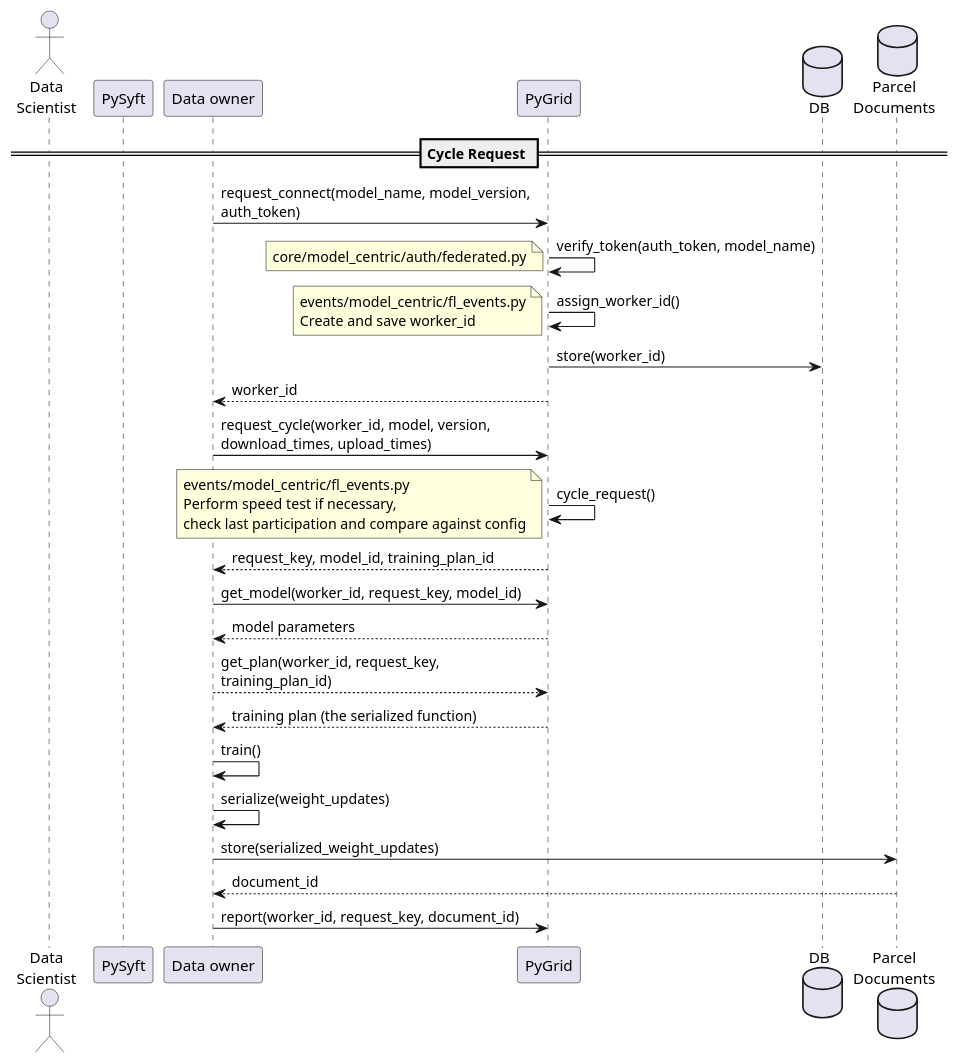
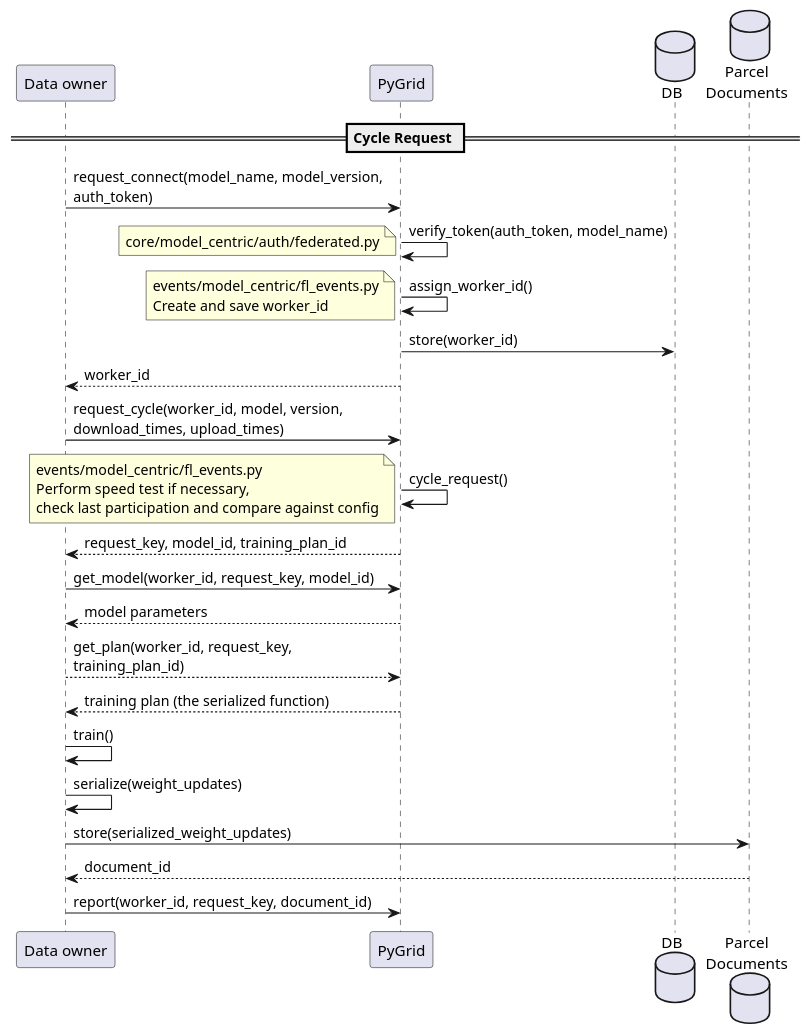
Before and after one commit to morigin-network/pygrid-parcel: the diagram in uml/sequence-2-cycle-request.puml, drawn with PlantUML. The commit also changed 1 other file, not shown here.

Commit message:
uml remove unused entity

```diff
--- a/uml/sequence-2-cycle-request.puml
+++ b/uml/sequence-2-cycle-request.puml
@@ -1,38 +1,36 @@
 @startuml Cycle Request
 
 skinparam maxMessageSize 300
 
-actor "Data\nScientist" as ds  
-participant PySyft as syft
 participant "Data owner" as do
 participant PyGrid as grid
 database DB as db
 database "Parcel\nDocuments" as padb
 
 == Cycle Request ==
 do -> grid: request_connect(model_name, model_version, auth_token)
 grid -> grid: verify_token(auth_token, model_name)
 note left: core/model_centric/auth/federated.py
 grid -> grid: assign_worker_id()
 note left: events/model_centric/fl_events.py\nCreate and save worker_id
 grid -> db: store(worker_id)
 'TODO: @Thomas Please confirm if worker_id goes to DB
 grid --> do: worker_id
 
 do -> grid: request_cycle(worker_id, model, version, download_times, upload_times)
 'TODO: @Thomas What are up/download times?
 grid -> grid: cycle_request()
 note left: events/model_centric/fl_events.py\nPerform speed test if necessary,\ncheck last participation and compare against config
 grid --> do: request_key, model_id, training_plan_id
 do -> grid: get_model(worker_id, request_key, model_id)
 grid --> do: model parameters
 do --> grid: get_plan(worker_id, request_key, training_plan_id)
 grid --> do: training plan (the serialized function)
 do -> do: train()
 do -> do: serialize(weight_updates)
 'TODO: @Thomas It was "new parameters", I assume they are weight updates?
 do -> padb: store(serialized_weight_updates)
 padb --> do: document_id
 do -> grid: report(worker_id, request_key, document_id)
 
 @enduml
```
